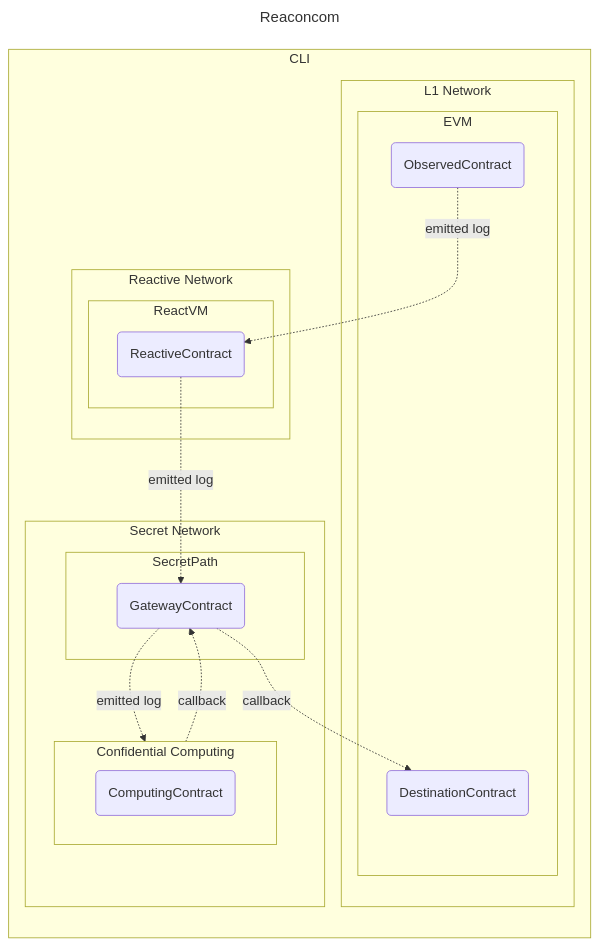
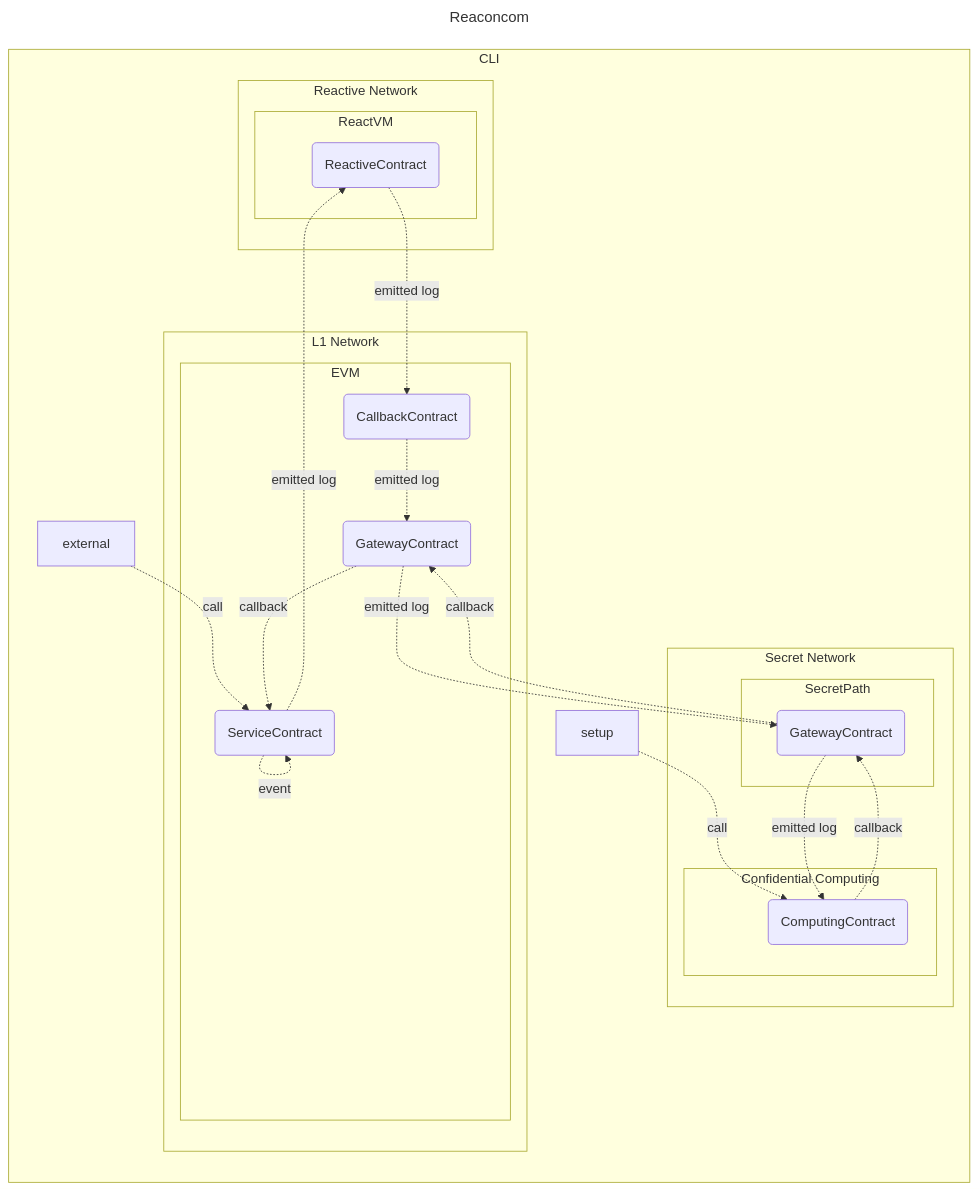
The diagram in readme.md (ilyar/reaconcom), drawn with Mermaid before and after one commit. The commit also changed other lines of this file and 17 other files, not shown here.

````diff
--- a/readme.md
+++ b/readme.md
@@ -5,35 +5,43 @@
 ```mermaid
 ---
 title: Reaconcom
 ---
 %%{ init: { 'flowchart': { 'curve': 'basis' } } }%%
 flowchart RL
     subgraph cli["CLI"]
+        setup -. call .-> computing
         subgraph SN["Secret Network"]
             subgraph CC["Confidential Computing"]
-                SNCC("ComputingContract")
+                computing("ComputingContract")
             end
-            subgraph SP["SecretPath"]
-                SNGC("GatewayContract")
+            subgraph SPSN["SecretPath"]
+                gatewaySN("GatewayContract")
             end
-     
         end
+
+        external -. call .-> appL1
+        appL1 -. event .-> appL1
         subgraph L1["L1 Network"]
             subgraph EVM["EVM"]
-                L1OC("ObservedContract")
-                L1DC("DestinationContract")
+                appL1("ServiceContract")
+                сallbackL1("CallbackContract")
+                gatewayL1("GatewayContract")
             end
         end
+
         subgraph RN["Reactive Network"]
             subgraph RVM["ReactVM"]
-                RNC("ReactiveContract")
+                reactiveRN("ReactiveContract")
             end
         end
     end
 
-    L1OC -. emitted log .-> RNC
-    RNC -. emitted log .-> SNGC
-    SNGC -. emitted log .-> CC
-    CC -. callback .-> SNGC
-    SNGC -. callback .-> L1DC
+    appL1 -. emitted log .-> reactiveRN
+    reactiveRN -. emitted log .-> сallbackL1
+    сallbackL1 -. emitted log .-> gatewayL1
+    gatewayL1 -. emitted log .-> gatewaySN
+    gatewaySN -. emitted log .-> computing
+    computing -. callback .-> gatewaySN
+    gatewaySN -. callback .-> gatewayL1
+    gatewayL1 -. callback .-> appL1
 ```
````
